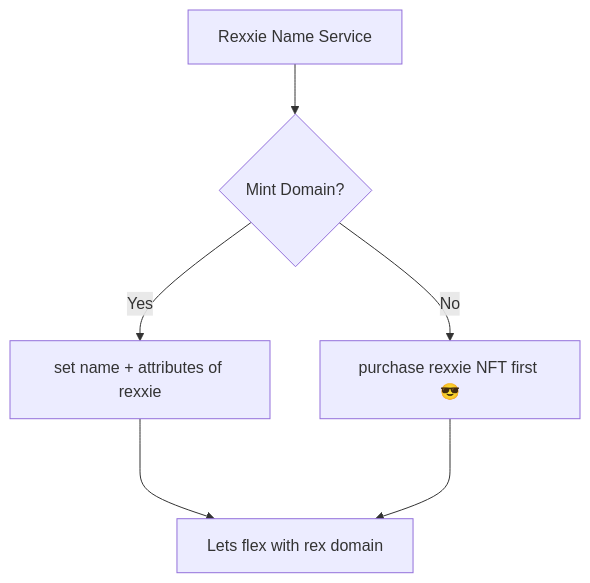
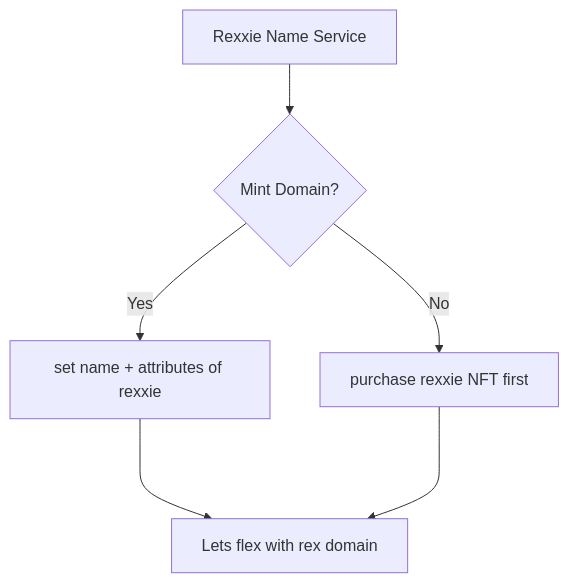
Before and after one commit to ass77/tgc-web3-domain-builder: the diagram in README.md, drawn with Mermaid.

Commit message:
fix: readme.md

````diff
--- a/README.md
+++ b/README.md
@@ -13,8 +13,8 @@
 ```mermaid
 flowchart TD
     A[Rexxie Name Service] --> B{Mint Domain?};
     B -- Yes --> C[set name + attributes of rexxie];
-    B -- No --> D[purchase rexxie NFT first 😎];
+    B -- No --> D[purchase rexxie NFT first];
     C ---> E[Lets flex with rex domain];
     D ---> E[Lets flex with rex domain];
 ```
````
